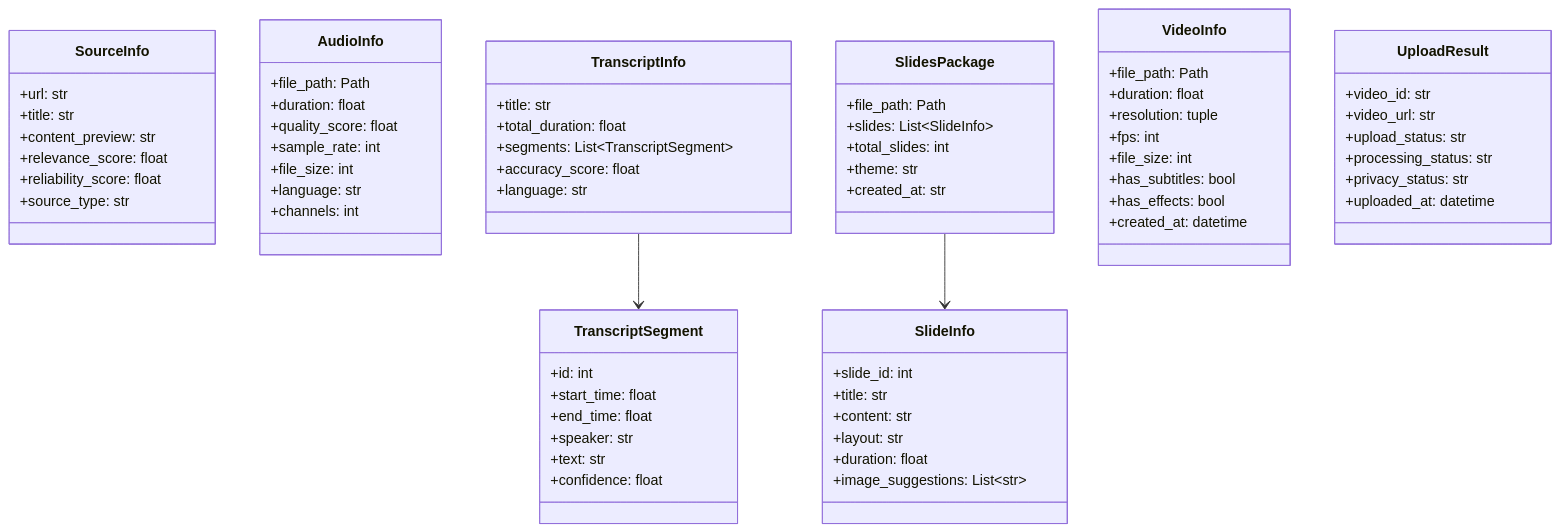
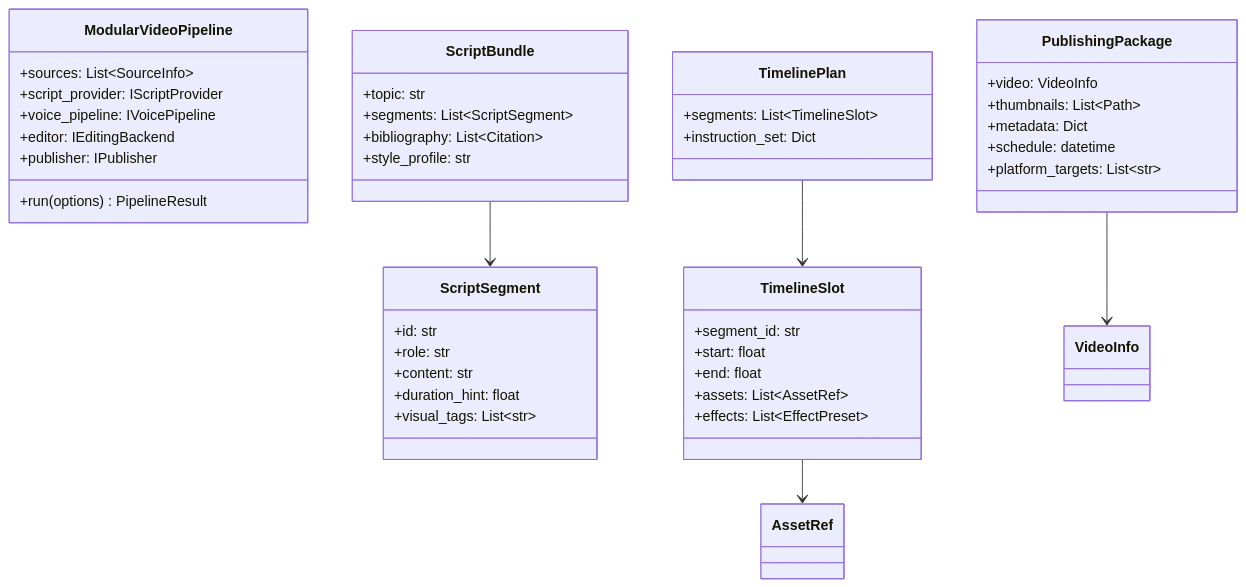
The second of 3 diagrams in docs/system_architecture.md (YuShimoji/NLMandSlideVideoGenerator), drawn with Mermaid before and after one commit. The commit also changed other lines of this file and 16 other files, not shown here.

````diff
--- a/docs/system_architecture.md
+++ b/docs/system_architecture.md
@@ -106,78 +76,52 @@
 ```mermaid
 classDiagram
-    class SourceInfo {
-        +url: str
-        +title: str
-        +content_preview: str
-        +relevance_score: float
-        +reliability_score: float
-        +source_type: str
+    class ModularVideoPipeline {
+        +sources: List~SourceInfo~
+        +script_provider: IScriptProvider
+        +voice_pipeline: IVoicePipeline
+        +editor: IEditingBackend
+        +publisher: IPublisher
+        +run(options) PipelineResult
     }
-    
-    class AudioInfo {
-        +file_path: Path
-        +duration: float
-        +quality_score: float
-        +sample_rate: int
-        +file_size: int
-        +language: str
-        +channels: int
+
+    class ScriptBundle {
+        +topic: str
+        +segments: List~ScriptSegment~
+        +bibliography: List~Citation~
+        +style_profile: str
     }
-    
-    class TranscriptSegment {
-        +id: int
-        +start_time: float
-        +end_time: float
-        +speaker: str
-        +text: str
-        +confidence: float
+
+    class ScriptSegment {
+        +id: str
+        +role: str
+        +content: str
+        +duration_hint: float
+        +visual_tags: List~str~
     }
-    
-    class TranscriptInfo {
-        +title: str
-        +total_duration: float
-        +segments: List~TranscriptSegment~
-        +accuracy_score: float
-        +language: str
+
+    class TimelinePlan {
+        +segments: List~TimelineSlot~
+        +instruction_set: Dict
     }
-    
-    class SlideInfo {
-        +slide_id: int
-        +title: str
-        +content: str
-        +layout: str
-        +duration: float
-        +image_suggestions: List~str~
+
+    class TimelineSlot {
+        +segment_id: str
+        +start: float
+        +end: float
+        +assets: List~AssetRef~
+        +effects: List~EffectPreset~
     }
-    
-    class SlidesPackage {
-        +file_path: Path
-        +slides: List~SlideInfo~
-        +total_slides: int
-        +theme: str
-        +created_at: str
+
+    class PublishingPackage {
+        +video: VideoInfo
+        +thumbnails: List~Path~
+        +metadata: Dict
+        +schedule: datetime
+        +platform_targets: List~str~
     }
-    
-    class VideoInfo {
-        +file_path: Path
-        +duration: float
-        +resolution: tuple
-        +fps: int
-        +file_size: int
-        +has_subtitles: bool
-        +has_effects: bool
-        +created_at: datetime
-    }
-    
-    class UploadResult {
-        +video_id: str
-        +video_url: str
-        +upload_status: str
-        +processing_status: str
-        +privacy_status: str
-        +uploaded_at: datetime
-    }
-    
-    TranscriptInfo --> TranscriptSegment
-    SlidesPackage --> SlideInfo
+
+    ScriptBundle --> ScriptSegment
+    TimelinePlan --> TimelineSlot
+    PublishingPackage --> VideoInfo
+    TimelineSlot --> AssetRef
 ```
````
